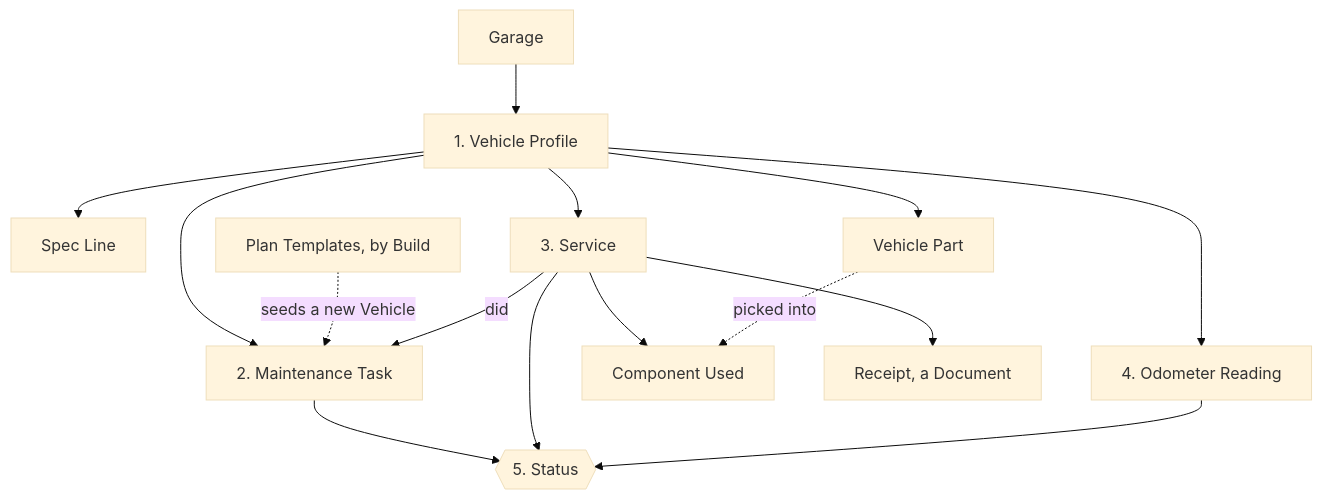
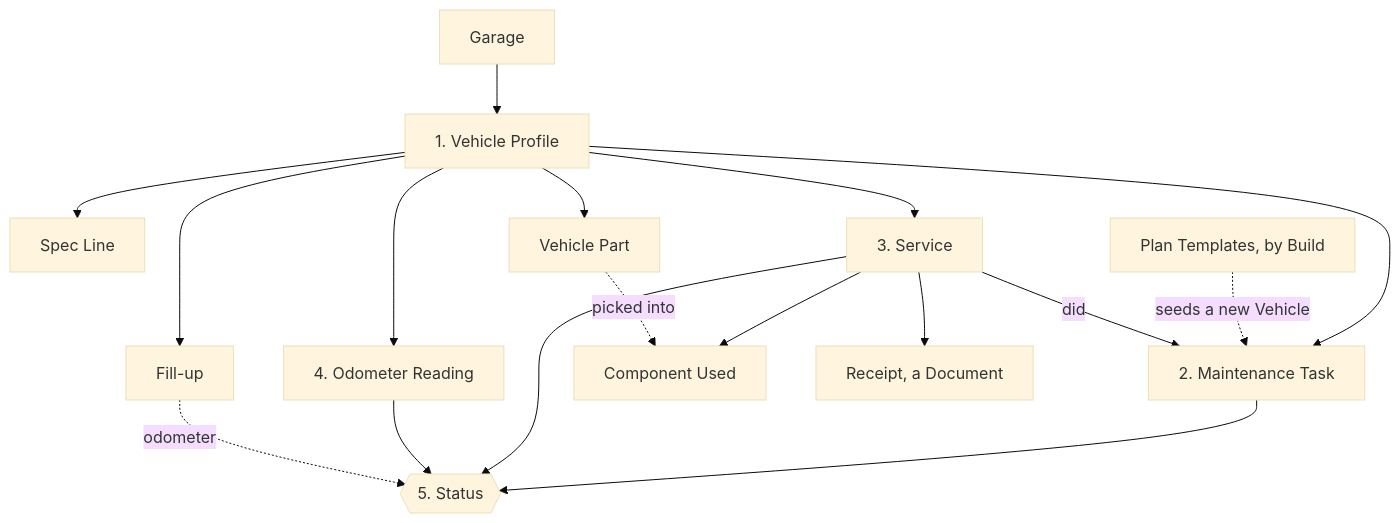
Before and after one commit to tmy-code/tmy_garage: the first of 3 diagrams in docs/data-model.md, drawn with Mermaid (base theme). The commit also changed other lines of this file and 30 other files, not shown here.

````diff
--- a/docs/data-model.md
+++ b/docs/data-model.md
@@ -17,19 +29,19 @@
 ```mermaid
 flowchart TD
   Garage --> Vehicle[1. Vehicle Profile]
   Vehicle --> Spec[Spec Line]
   Vehicle --> Task[2. Maintenance Task]
   Vehicle --> Service[3. Service]
   Vehicle --> Reading[4. Odometer Reading]
-
+  Vehicle --> Fillup[Fill-up]
   Template[Plan Templates, by Build] -. seeds a new Vehicle .-> Task
   Service -- did --> Task
   Service --> Item[Component Used]
   Vehicle --> Part[Vehicle Part]
   Part -. picked into .-> Item
   Service --> Receipt[Receipt, a Document]
-
   Task --> Status{{5. Status}}
   Service --> Status
   Reading --> Status
+  Fillup -. odometer .-> Status
 ```
````
